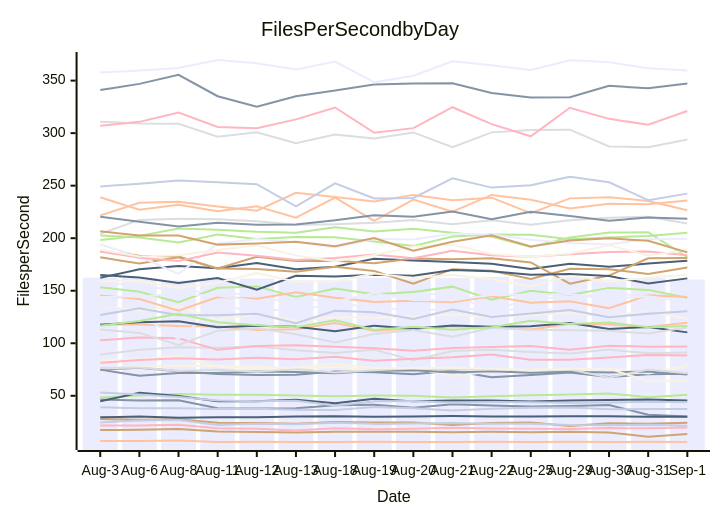
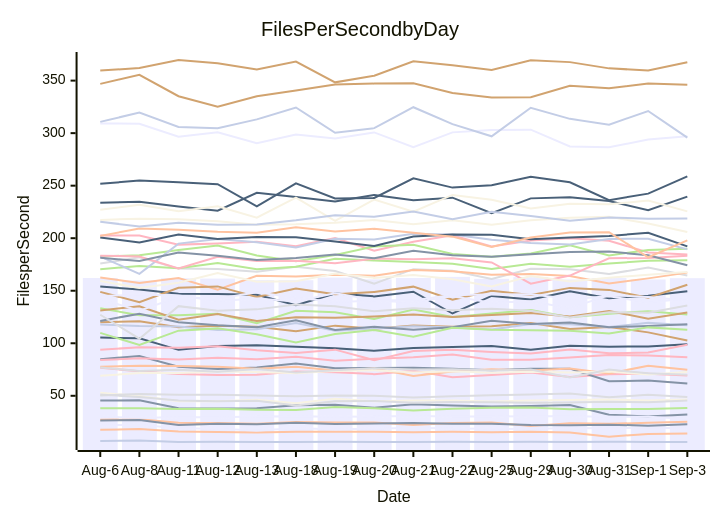
Before and after one commit to streetsidesoftware/cspell: the diagram in perf-report.md, drawn with Mermaid. The commit also changed other lines of this file and 1 other file, not shown here.

````diff
--- a/perf-report.md
+++ b/perf-report.md
@@ -10,57 +10,57 @@
 ```mermaid
 xychart-beta
     title Files Per Second by Day
     y-axis Files per Second
-    x-axis Date [Aug-3, Aug-6, Aug-8, Aug-11, Aug-12, Aug-13, Aug-18, Aug-19, Aug-20, Aug-21, Aug-22, Aug-25, Aug-29, Aug-30, Aug-31, Sep-1]
-    bar [162.42, 162.15, 159.78, 161.87, 161.59, 160.12, 160.00, 162.54, 160.82, 162.11, 163.20, 161.31, 162.91, 160.67, 162.16, 160.72]
-    line [46.57, 45.56, 45.66, 38.22, 37.79, 38.23, 41.09, 41.54, 38.59, 41.99, 40.85, 39.81, 40.28, 41.27, 31.95, 30.26]
-    line [6.91, 7.06, 7.47, 6.09, 6.22, 6.12, 6.05, 6.23, 6.09, 6.02, 6.19, 6.02, 6.20, 6.04, 6.23, 6.06]
-    line [89.32, 93.72, 96.32, 95.66, 97.25, 93.41, 90.83, 93.92, 83.91, 92.53, 93.93, 91.70, 90.17, 94.03, 90.40, 91.22]
-    line [48.27, 50.39, 51.68, 50.89, 50.88, 50.22, 49.59, 50.25, 50.03, 48.40, 49.47, 50.47, 51.15, 52.21, 48.60, 50.89]
-    line [27.98, 27.09, 27.59, 24.33, 24.19, 23.40, 25.07, 24.48, 24.64, 22.11, 24.14, 24.67, 21.16, 23.95, 23.30, 24.27]
-    line [24.58, 26.54, 27.00, 22.24, 23.36, 22.81, 24.23, 23.27, 23.59, 24.08, 23.43, 23.40, 22.23, 21.90, 22.46, 21.60]
-    line [102.88, 105.40, 104.69, 93.74, 97.45, 98.22, 96.65, 95.35, 92.84, 95.49, 96.50, 97.40, 93.72, 97.65, 96.80, 96.99]
-    line [44.73, 52.88, 49.80, 44.85, 44.73, 46.28, 42.85, 47.12, 44.69, 45.57, 45.49, 44.61, 45.50, 46.05, 46.44, 45.45]
-    line [135.43, 131.19, 135.23, 122.44, 127.81, 121.17, 124.81, 124.18, 125.47, 127.40, 124.91, 126.98, 128.83, 125.51, 130.73, 123.39]
-    line [158.79, 154.00, 151.10, 147.11, 146.86, 146.10, 136.12, 147.29, 144.63, 149.12, 128.33, 145.05, 141.62, 149.48, 142.85, 145.28]
-    line [75.13, 76.66, 73.32, 70.77, 69.86, 70.01, 73.04, 72.36, 70.62, 73.83, 67.67, 69.68, 72.12, 68.00, 70.47, 70.89]
-    line [117.78, 117.94, 116.33, 116.04, 112.64, 113.43, 119.19, 111.93, 114.00, 116.17, 114.97, 113.11, 118.41, 118.01, 115.40, 119.50]
-    line [310.96, 309.18, 308.97, 296.59, 300.81, 290.46, 298.69, 294.82, 300.68, 286.71, 300.74, 302.95, 303.29, 287.37, 286.48, 293.90]
-    line [202.60, 200.71, 195.89, 203.57, 199.20, 201.23, 200.81, 196.78, 192.62, 201.64, 203.42, 203.18, 198.91, 200.77, 202.09, 205.14]
-    line [17.45, 17.65, 18.37, 15.99, 15.64, 15.11, 15.67, 15.78, 15.86, 15.35, 15.70, 15.41, 15.75, 15.00, 11.10, 13.64]
-    line [53.03, 51.13, 48.90, 45.53, 44.69, 45.18, 40.85, 44.70, 45.09, 43.47, 44.07, 43.94, 43.35, 43.55, 44.33, 43.81]
-    line [21.72, 21.80, 22.54, 19.07, 18.54, 16.95, 19.10, 18.27, 18.74, 19.65, 18.80, 18.62, 18.45, 19.29, 19.08, 19.71]
-    line [162.30, 170.51, 173.47, 171.46, 176.49, 170.50, 172.92, 180.52, 178.78, 177.41, 175.76, 170.70, 175.74, 172.74, 175.87, 178.56]
-    line [75.71, 77.66, 78.66, 78.35, 77.65, 75.86, 77.65, 74.07, 76.09, 68.93, 73.13, 75.35, 74.03, 75.97, 71.20, 78.69]
-    line [137.05, 127.16, 104.34, 135.34, 130.97, 132.26, 136.82, 135.16, 130.52, 133.31, 131.34, 132.85, 130.95, 124.42, 129.63, 128.97]
-    line [74.92, 69.05, 71.64, 71.63, 73.23, 72.55, 71.44, 73.71, 74.27, 72.25, 73.30, 71.82, 72.99, 72.24, 73.05, 70.19]
-    line [238.93, 227.08, 231.94, 225.75, 230.29, 219.53, 238.65, 216.52, 236.75, 225.24, 241.21, 236.60, 228.23, 232.86, 232.26, 235.92]
-    line [76.34, 76.92, 73.53, 74.78, 72.96, 75.57, 72.13, 74.31, 76.20, 74.98, 75.32, 73.98, 74.92, 67.44, 74.93, 71.42]
-    line [198.32, 202.22, 209.23, 208.13, 206.12, 205.21, 210.46, 206.31, 208.96, 205.28, 201.48, 191.68, 200.76, 205.32, 205.73, 181.85]
-    line [181.77, 175.87, 181.75, 171.06, 170.80, 168.18, 172.80, 168.69, 156.73, 170.52, 169.10, 161.12, 170.94, 170.42, 165.85, 172.14]
-    line [39.03, 38.14, 38.18, 37.54, 37.60, 36.71, 36.51, 39.25, 38.04, 36.06, 37.72, 38.63, 38.79, 37.24, 37.32, 37.33]
-    line [307.09, 310.74, 319.60, 305.87, 304.71, 313.08, 324.40, 300.37, 304.78, 324.68, 308.60, 296.98, 324.16, 313.60, 308.04, 321.08]
-    line [117.60, 120.09, 120.85, 115.35, 116.69, 115.74, 111.39, 116.78, 113.71, 117.01, 115.75, 116.08, 119.18, 113.59, 115.52, 110.36]
-    line [83.62, 84.88, 87.82, 77.70, 75.58, 76.94, 80.70, 76.26, 76.41, 76.73, 75.85, 74.38, 75.85, 75.82, 63.83, 64.49]
-    line [194.07, 182.58, 166.07, 194.86, 199.17, 196.17, 191.14, 199.41, 198.71, 204.15, 203.44, 198.55, 195.50, 193.96, 199.31, 199.53]
-    line [341.03, 346.90, 355.56, 335.17, 325.27, 335.20, 340.52, 346.23, 347.14, 347.41, 338.20, 333.97, 334.12, 345.07, 342.66, 347.17]
-    line [221.63, 233.74, 234.59, 230.11, 226.13, 243.15, 239.31, 234.89, 241.23, 236.06, 238.56, 223.75, 237.91, 239.06, 235.45, 226.56]
-    line [204.15, 217.44, 218.55, 218.05, 216.13, 212.80, 213.27, 214.61, 217.28, 213.25, 217.17, 212.77, 217.16, 219.42, 220.41, 214.04]
-    line [153.39, 148.93, 139.04, 152.86, 154.13, 144.07, 152.10, 146.68, 148.87, 153.90, 141.45, 150.06, 146.03, 152.71, 150.80, 143.28]
-    line [187.46, 183.38, 182.66, 171.17, 182.41, 178.32, 178.57, 176.08, 180.57, 179.89, 180.99, 176.89, 156.76, 164.43, 180.88, 181.23]
-    line [126.83, 133.33, 126.61, 126.72, 128.04, 119.05, 131.02, 129.61, 123.08, 132.18, 124.93, 128.24, 131.60, 124.76, 128.19, 130.51]
-    line [187.31, 181.39, 178.30, 186.48, 183.29, 179.27, 181.07, 184.49, 180.99, 187.99, 183.89, 182.41, 184.77, 186.94, 187.25, 183.77]
-    line [29.48, 30.19, 29.03, 29.67, 29.60, 30.33, 30.62, 30.06, 30.32, 30.71, 30.33, 30.41, 30.59, 30.45, 30.07, 29.95]
-    line [188.91, 182.68, 183.70, 188.70, 193.07, 183.50, 178.10, 183.95, 192.12, 193.67, 185.05, 182.38, 185.55, 193.26, 183.54, 188.75]
-    line [357.63, 359.56, 362.02, 369.62, 366.45, 360.63, 368.14, 348.34, 354.65, 368.47, 364.63, 360.14, 369.32, 367.60, 361.65, 359.68]
-    line [220.37, 215.62, 211.22, 214.76, 212.79, 213.14, 217.00, 221.94, 220.45, 225.30, 218.11, 225.16, 221.13, 216.69, 219.64, 218.57]
-    line [145.58, 142.12, 131.06, 143.98, 142.41, 148.62, 143.28, 139.37, 140.53, 139.04, 144.69, 138.65, 139.89, 133.31, 145.80, 144.08]
-    line [113.19, 109.88, 98.38, 112.00, 114.17, 108.57, 100.66, 108.77, 112.72, 106.20, 114.85, 112.98, 112.47, 111.83, 109.19, 115.12]
-    line [116.67, 121.26, 128.17, 119.97, 117.10, 115.21, 121.90, 112.74, 115.76, 112.80, 115.24, 121.46, 118.37, 119.80, 115.33, 116.38]
-    line [206.67, 202.54, 202.61, 193.89, 195.05, 196.60, 192.32, 200.16, 188.13, 196.57, 202.87, 192.16, 197.82, 199.85, 197.57, 186.50]
-    line [249.24, 251.79, 254.83, 253.26, 251.44, 230.32, 252.21, 237.84, 238.36, 257.03, 248.15, 250.39, 258.39, 253.25, 236.21, 242.44]
-    line [81.39, 83.97, 85.77, 84.48, 86.21, 84.78, 87.25, 83.34, 85.16, 86.61, 89.19, 84.30, 84.25, 86.47, 88.91, 88.27]
-    line [164.91, 162.58, 157.48, 162.05, 151.08, 164.19, 163.52, 165.17, 164.35, 169.78, 168.65, 165.26, 166.00, 163.99, 156.90, 161.76]
-    line [159.02, 159.32, 152.64, 157.58, 166.90, 158.63, 158.95, 166.31, 162.23, 164.91, 160.87, 154.07, 164.02, 158.84, 162.35, 165.15]
-    line [143.82, 144.85, 146.35, 145.37, 140.27, 142.62, 139.83, 147.55, 141.21, 140.96, 145.89, 146.30, 146.55, 142.25, 144.70, 138.76]
+    x-axis Date [Aug-6, Aug-8, Aug-11, Aug-12, Aug-13, Aug-18, Aug-19, Aug-20, Aug-21, Aug-22, Aug-25, Aug-29, Aug-30, Aug-31, Sep-1, Sep-3]
+    bar [162.15, 159.78, 161.87, 161.59, 160.12, 160.00, 162.54, 160.82, 162.11, 163.20, 161.31, 162.91, 160.67, 162.16, 160.72, 161.93]
+    line [45.56, 45.66, 38.22, 37.79, 38.23, 41.09, 41.54, 38.59, 41.99, 40.85, 39.81, 40.28, 41.27, 31.95, 30.26, 32.20]
+    line [17.65, 18.37, 15.99, 15.64, 15.11, 15.67, 15.78, 15.86, 15.35, 15.70, 15.41, 15.75, 15.00, 11.10, 13.64, 14.09]
+    line [175.87, 181.75, 171.06, 170.80, 168.18, 172.80, 168.69, 156.73, 170.52, 169.10, 161.12, 170.94, 170.42, 165.85, 172.14, 164.57]
+    line [38.14, 38.18, 37.54, 37.60, 36.71, 36.51, 39.25, 38.04, 36.06, 37.72, 38.63, 38.79, 37.24, 37.32, 37.33, 38.42]
+    line [120.09, 120.85, 115.35, 116.69, 115.74, 111.39, 116.78, 113.71, 117.01, 115.75, 116.08, 119.18, 113.59, 115.52, 110.36, 102.65]
+    line [7.06, 7.47, 6.09, 6.22, 6.12, 6.05, 6.23, 6.09, 6.02, 6.19, 6.02, 6.20, 6.04, 6.23, 6.06, 6.09]
+    line [76.66, 73.32, 70.77, 69.86, 70.01, 73.04, 72.36, 70.62, 73.83, 67.67, 69.68, 72.12, 68.00, 70.47, 70.89, 69.29]
+    line [105.40, 104.69, 93.74, 97.45, 98.22, 96.65, 95.35, 92.84, 95.49, 96.50, 97.40, 93.72, 97.65, 96.80, 96.99, 99.11]
+    line [52.88, 49.80, 44.85, 44.73, 46.28, 42.85, 47.12, 44.69, 45.57, 45.49, 44.61, 45.50, 46.05, 46.44, 45.45, 46.41]
+    line [309.18, 308.97, 296.59, 300.81, 290.46, 298.69, 294.82, 300.68, 286.71, 300.74, 302.95, 303.29, 287.37, 286.48, 293.90, 297.13]
+    line [84.88, 87.82, 77.70, 75.58, 76.94, 80.70, 76.26, 76.41, 76.73, 75.85, 74.38, 75.85, 75.82, 63.83, 64.49, 61.65]
+    line [77.66, 78.66, 78.35, 77.65, 75.86, 77.65, 74.07, 76.09, 68.93, 73.13, 75.35, 74.03, 75.97, 71.20, 78.69, 74.68]
+    line [51.13, 48.90, 45.53, 44.69, 45.18, 40.85, 44.70, 45.09, 43.47, 44.07, 43.94, 43.35, 43.55, 44.33, 43.81, 45.60]
+    line [133.33, 126.61, 126.72, 128.04, 119.05, 131.02, 129.61, 123.08, 132.18, 124.93, 128.24, 131.60, 124.76, 128.19, 130.51, 127.29]
+    line [131.19, 135.23, 122.44, 127.81, 121.17, 124.81, 124.18, 125.47, 127.40, 124.91, 126.98, 128.83, 125.51, 130.73, 123.39, 129.29]
+    line [117.94, 116.33, 116.04, 112.64, 113.43, 119.19, 111.93, 114.00, 116.17, 114.97, 113.11, 118.41, 118.01, 115.40, 119.50, 117.17]
+    line [202.54, 202.61, 193.89, 195.05, 196.60, 192.32, 200.16, 188.13, 196.57, 202.87, 192.16, 197.82, 199.85, 197.57, 186.50, 184.53]
+    line [233.74, 234.59, 230.11, 226.13, 243.15, 239.31, 234.89, 241.23, 236.06, 238.56, 223.75, 237.91, 239.06, 235.45, 226.56, 239.54]
+    line [69.05, 71.64, 71.63, 73.23, 72.55, 71.44, 73.71, 74.27, 72.25, 73.30, 71.82, 72.99, 72.24, 73.05, 70.19, 72.55]
+    line [21.80, 22.54, 19.07, 18.54, 16.95, 19.10, 18.27, 18.74, 19.65, 18.80, 18.62, 18.45, 19.29, 19.08, 19.71, 18.88]
+    line [121.26, 128.17, 119.97, 117.10, 115.21, 121.90, 112.74, 115.76, 112.80, 115.24, 121.46, 118.37, 119.80, 115.33, 116.38, 118.04]
+    line [27.09, 27.59, 24.33, 24.19, 23.40, 25.07, 24.48, 24.64, 22.11, 24.14, 24.67, 21.16, 23.95, 23.30, 24.27, 25.24]
+    line [76.92, 73.53, 74.78, 72.96, 75.57, 72.13, 74.31, 76.20, 74.98, 75.32, 73.98, 74.92, 67.44, 74.93, 71.42, 69.97]
+    line [170.51, 173.47, 171.46, 176.49, 170.50, 172.92, 180.52, 178.78, 177.41, 175.76, 170.70, 175.74, 172.74, 175.87, 178.56, 179.08]
+    line [346.90, 355.56, 335.17, 325.27, 335.20, 340.52, 346.23, 347.14, 347.41, 338.20, 333.97, 334.12, 345.07, 342.66, 347.17, 346.14]
+    line [310.74, 319.60, 305.87, 304.71, 313.08, 324.40, 300.37, 304.78, 324.68, 308.60, 296.98, 324.16, 313.60, 308.04, 321.08, 295.70]
+    line [93.72, 96.32, 95.66, 97.25, 93.41, 90.83, 93.92, 83.91, 92.53, 93.93, 91.70, 90.17, 94.03, 90.40, 91.22, 98.55]
+    line [154.00, 151.10, 147.11, 146.86, 146.10, 136.12, 147.29, 144.63, 149.12, 128.33, 145.05, 141.62, 149.48, 142.85, 145.28, 149.46]
+    line [217.44, 218.55, 218.05, 216.13, 212.80, 213.27, 214.61, 217.28, 213.25, 217.17, 212.77, 217.16, 219.42, 220.41, 214.04, 205.97]
+    line [30.19, 29.03, 29.67, 29.60, 30.33, 30.62, 30.06, 30.32, 30.71, 30.33, 30.41, 30.59, 30.45, 30.07, 29.95, 28.16]
+    line [26.54, 27.00, 22.24, 23.36, 22.81, 24.23, 23.27, 23.59, 24.08, 23.43, 23.40, 22.23, 21.90, 22.46, 21.60, 23.03]
+    line [162.58, 157.48, 162.05, 151.08, 164.19, 163.52, 165.17, 164.35, 169.78, 168.65, 165.26, 166.00, 163.99, 156.90, 161.76, 167.23]
+    line [127.16, 104.34, 135.34, 130.97, 132.26, 136.82, 135.16, 130.52, 133.31, 131.34, 132.85, 130.95, 124.42, 129.63, 128.97, 135.94]
+    line [182.68, 183.70, 188.70, 193.07, 183.50, 178.10, 183.95, 192.12, 193.67, 185.05, 182.38, 185.55, 193.26, 183.54, 188.75, 189.86]
+    line [148.93, 139.04, 152.86, 154.13, 144.07, 152.10, 146.68, 148.87, 153.90, 141.45, 150.06, 146.03, 152.71, 150.80, 143.28, 155.69]
+    line [182.58, 166.07, 194.86, 199.17, 196.17, 191.14, 199.41, 198.71, 204.15, 203.44, 198.55, 195.50, 193.96, 199.31, 199.53, 189.39]
+    line [183.38, 182.66, 171.17, 182.41, 178.32, 178.57, 176.08, 180.57, 179.89, 180.99, 176.89, 156.76, 164.43, 180.88, 181.23, 183.21]
+    line [200.71, 195.89, 203.57, 199.20, 201.23, 200.81, 196.78, 192.62, 201.64, 203.42, 203.18, 198.91, 200.77, 202.09, 205.14, 192.22]
+    line [227.08, 231.94, 225.75, 230.29, 219.53, 238.65, 216.52, 236.75, 225.24, 241.21, 236.60, 228.23, 232.86, 232.26, 235.92, 225.53]
+    line [142.12, 131.06, 143.98, 142.41, 148.62, 143.28, 139.37, 140.53, 139.04, 144.69, 138.65, 139.89, 133.31, 145.80, 144.08, 140.79]
+    line [181.39, 178.30, 186.48, 183.29, 179.27, 181.07, 184.49, 180.99, 187.99, 183.89, 182.41, 184.77, 186.94, 187.25, 183.77, 174.20]
+    line [202.22, 209.23, 208.13, 206.12, 205.21, 210.46, 206.31, 208.96, 205.28, 201.48, 191.68, 200.76, 205.32, 205.73, 181.85, 198.01]
+    line [50.39, 51.68, 50.89, 50.88, 50.22, 49.59, 50.25, 50.03, 48.40, 49.47, 50.47, 51.15, 52.21, 48.60, 50.89, 48.97]
+    line [109.88, 98.38, 112.00, 114.17, 108.57, 100.66, 108.77, 112.72, 106.20, 114.85, 112.98, 112.47, 111.83, 109.19, 115.12, 112.97]
+    line [359.56, 362.02, 369.62, 366.45, 360.63, 368.14, 348.34, 354.65, 368.47, 364.63, 360.14, 369.32, 367.60, 361.65, 359.68, 367.46]
+    line [215.62, 211.22, 214.76, 212.79, 213.14, 217.00, 221.94, 220.45, 225.30, 218.11, 225.16, 221.13, 216.69, 219.64, 218.57, 218.78]
+    line [83.97, 85.77, 84.48, 86.21, 84.78, 87.25, 83.34, 85.16, 86.61, 89.19, 84.30, 84.25, 86.47, 88.91, 88.27, 86.74]
+    line [251.79, 254.83, 253.26, 251.44, 230.32, 252.21, 237.84, 238.36, 257.03, 248.15, 250.39, 258.39, 253.25, 236.21, 242.44, 258.87]
+    line [159.32, 152.64, 157.58, 166.90, 158.63, 158.95, 166.31, 162.23, 164.91, 160.87, 154.07, 164.02, 158.84, 162.35, 165.15, 167.75]
+    line [144.85, 146.35, 145.37, 140.27, 142.62, 139.83, 147.55, 141.21, 140.96, 145.89, 146.30, 146.55, 142.25, 144.70, 138.76, 142.53]
 ```
````
